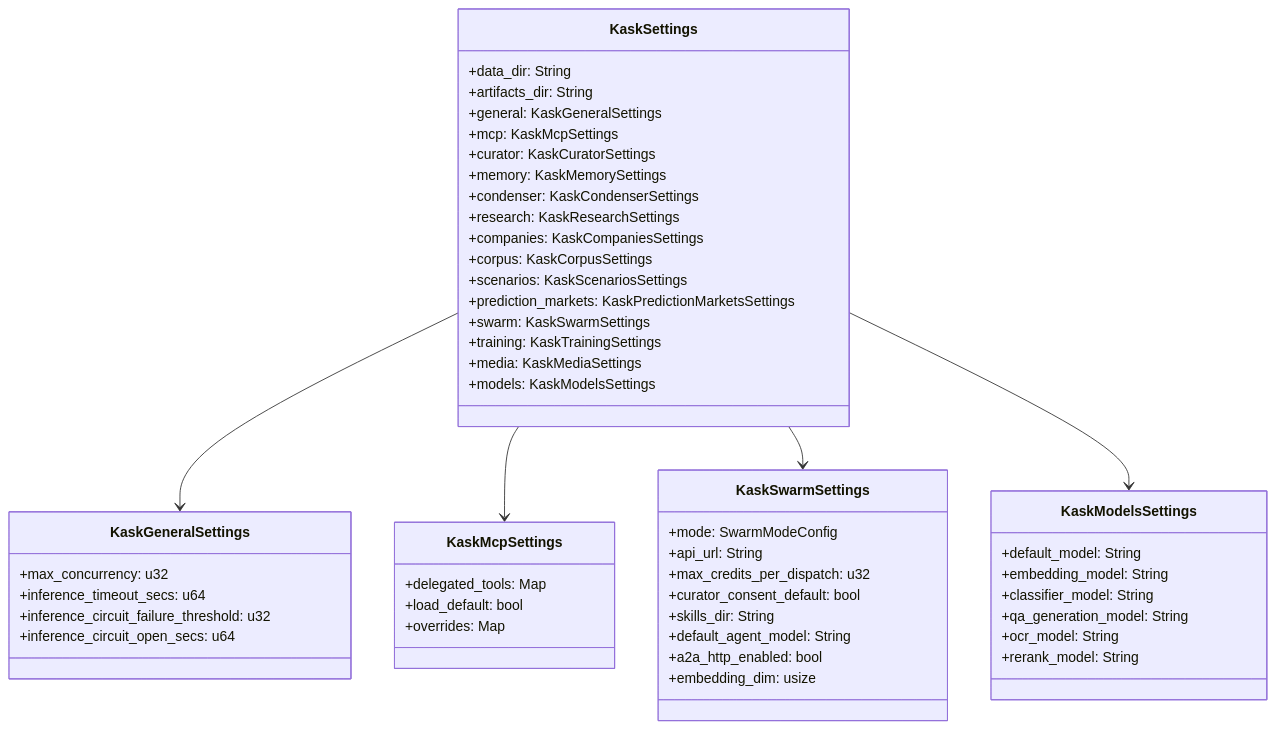
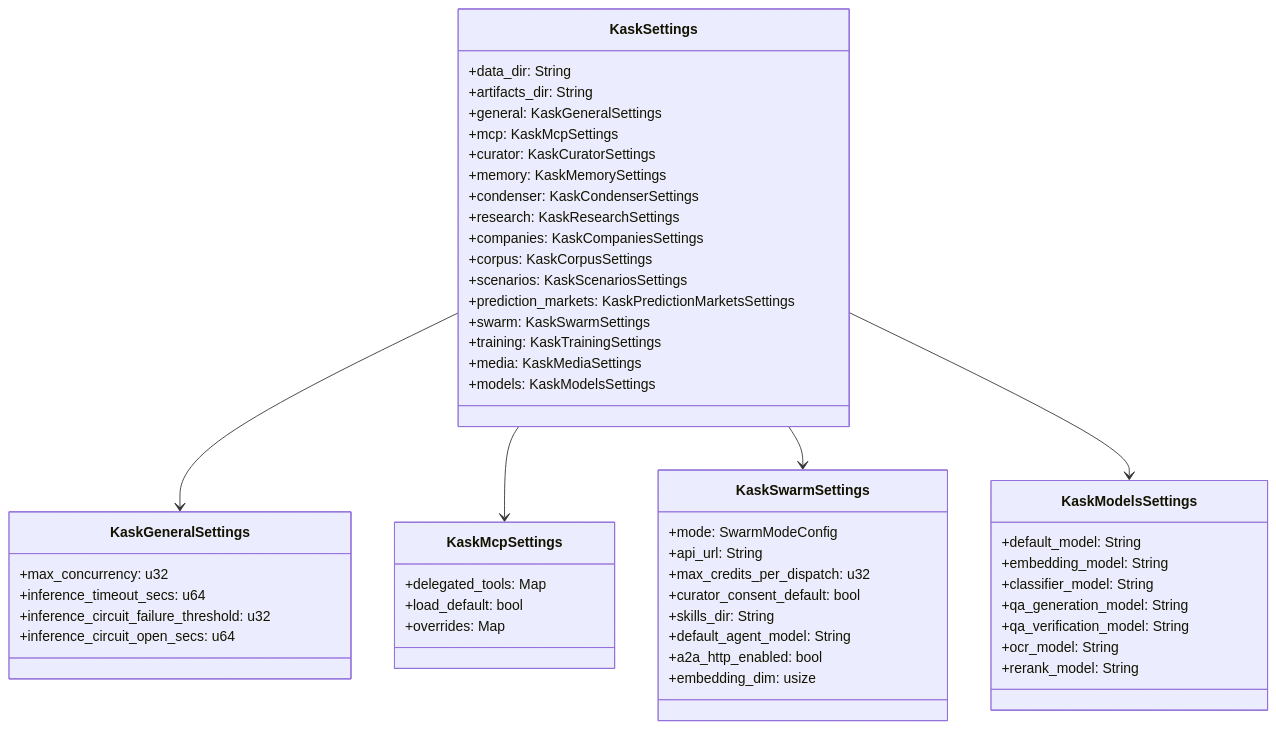
Before and after one commit to mdz-axo/zed-kask: the first of 2 diagrams in kask/docs/diataxis/kask_bridge/reference.md, drawn with Mermaid. The commit also changed other lines of this file and 17 other files, not shown here.

````diff
--- a/kask/docs/diataxis/kask_bridge/reference.md
+++ b/kask/docs/diataxis/kask_bridge/reference.md
@@ -42,54 +42,55 @@
 ```mermaid
 classDiagram
     class KaskSettings {
         +data_dir: String
         +artifacts_dir: String
         +general: KaskGeneralSettings
         +mcp: KaskMcpSettings
         +curator: KaskCuratorSettings
         +memory: KaskMemorySettings
         +condenser: KaskCondenserSettings
         +research: KaskResearchSettings
         +companies: KaskCompaniesSettings
         +corpus: KaskCorpusSettings
         +scenarios: KaskScenariosSettings
         +prediction_markets: KaskPredictionMarketsSettings
         +swarm: KaskSwarmSettings
         +training: KaskTrainingSettings
         +media: KaskMediaSettings
         +models: KaskModelsSettings
     }
     class KaskGeneralSettings {
         +max_concurrency: u32
         +inference_timeout_secs: u64
         +inference_circuit_failure_threshold: u32
         +inference_circuit_open_secs: u64
     }
     class KaskMcpSettings {
         +delegated_tools: Map
         +load_default: bool
         +overrides: Map
     }
     class KaskSwarmSettings {
         +mode: SwarmModeConfig
         +api_url: String
         +max_credits_per_dispatch: u32
         +curator_consent_default: bool
         +skills_dir: String
         +default_agent_model: String
         +a2a_http_enabled: bool
         +embedding_dim: usize
     }
     class KaskModelsSettings {
         +default_model: String
         +embedding_model: String
         +classifier_model: String
         +qa_generation_model: String
+        +qa_verification_model: String
         +ocr_model: String
         +rerank_model: String
     }
     KaskSettings --> KaskGeneralSettings
     KaskSettings --> KaskMcpSettings
     KaskSettings --> KaskSwarmSettings
     KaskSettings --> KaskModelsSettings
 ```
````
